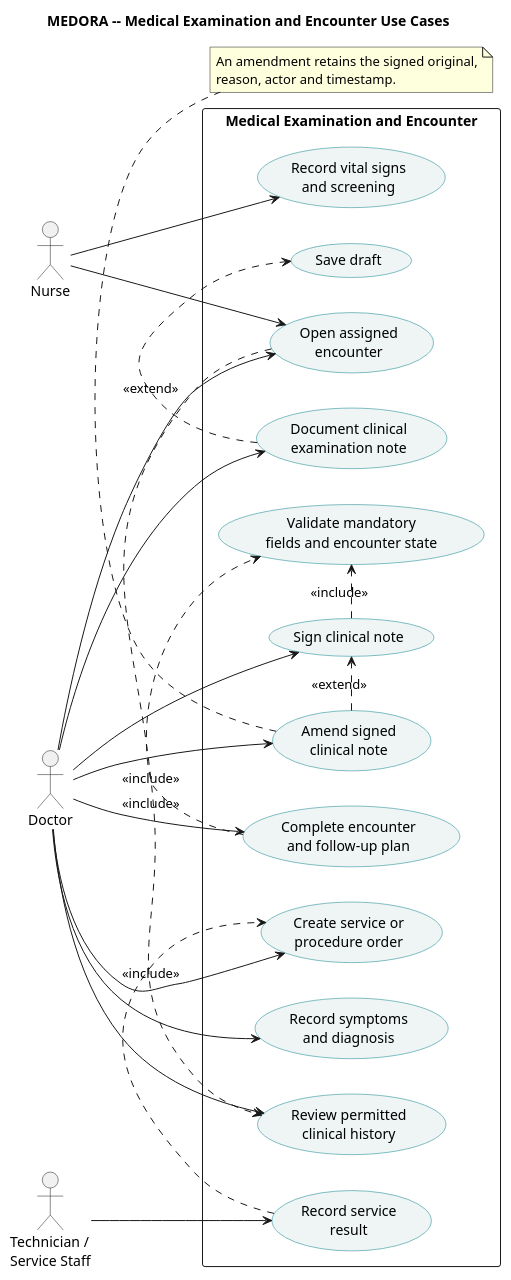
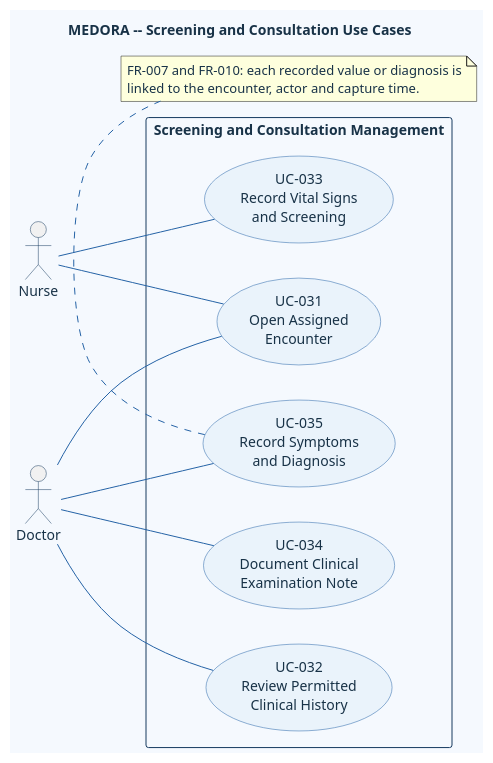
One commit to DucDung-1107/SysDes_2026.1_Group_08 changed the diagram in doc/asset/03-system-requirements/use-case-by-function/medical-examination/uml_code/medical-examination.puml. Above: the diagram before and after it, drawn with PlantUML. The commit also changed 32 other files, not shown here.

```diff
--- a/doc/asset/03-system-requirements/use-case-by-function/medical-examination/uml_code/medical-examination.puml
+++ b/doc/asset/03-system-requirements/use-case-by-function/medical-examination/uml_code/medical-examination.puml
@@ -1,53 +1,38 @@
 @startuml
-title MEDORA -- Medical Examination and Encounter Use Cases
+title MEDORA -- Screening and Consultation Use Cases
 left to right direction
 skinparam shadowing false
-skinparam packageStyle rectangle
-skinparam usecase {
-  BackgroundColor #EEF5F4
-  BorderColor #087E8B
-}
+skinparam defaultFontName Arial
+skinparam defaultFontColor #183247
+skinparam backgroundColor #F5F9FE
+skinparam ArrowColor #2563A6
+skinparam UsecaseBackgroundColor #EAF3FB
+skinparam UsecaseBorderColor #2563A6
+skinparam UsecaseFontColor #183247
+skinparam ActorBorderColor #163A5F
+skinparam ActorFontColor #183247
+skinparam RectangleBackgroundColor #F5F9FE
+skinparam RectangleBorderColor #163A5F
 
 actor Nurse as nurse
 actor Doctor as doctor
-actor "Technician /\nService Staff" as technician
 
-rectangle "Medical Examination and Encounter" {
-  usecase "Open assigned\nencounter" as open
-  usecase "Review permitted\nclinical history" as review
-  usecase "Record vital signs\nand screening" as vitals
-  usecase "Document clinical\nexamination note" as note
-  usecase "Record symptoms\nand diagnosis" as diagnosis
-  usecase "Save draft" as draft
-  usecase "Sign clinical note" as sign
-  usecase "Amend signed\nclinical note" as amend
-  usecase "Create service or\nprocedure order" as order
-  usecase "Record service\nresult" as result
-  usecase "Complete encounter\nand follow-up plan" as close
-  usecase "Validate mandatory\nfields and encounter state" as validate
+rectangle "Screening and Consultation Management" {
+  usecase "UC-031\nOpen Assigned\nEncounter" as open
+  usecase "UC-032\nReview Permitted\nClinical History" as review
+  usecase "UC-033\nRecord Vital Signs\nand Screening" as vitals
+  usecase "UC-034\nDocument Clinical\nExamination Note" as note
+  usecase "UC-035\nRecord Symptoms\nand Diagnosis" as diagnosis
 }
 
-nurse --> open
-nurse --> vitals
-doctor --> open
-doctor --> review
-doctor --> note
-doctor --> diagnosis
-doctor --> sign
-doctor --> amend
-doctor --> order
-doctor --> close
-technician --> result
-
-open .> review : <<include>>
-note .> draft : <<extend>>
-sign .> validate : <<include>>
-amend .> sign : <<extend>>
-close .> validate : <<include>>
-result .> order : <<include>>
-
-note bottom of amend
-  An amendment retains the signed original,
-  reason, actor and timestamp.
+nurse -- open
+nurse -- vitals
+doctor -- open
+doctor -- review
+doctor -- note
+doctor -- diagnosis
+note bottom of diagnosis
+  FR-007 and FR-010: each recorded value or diagnosis is
+  linked to the encounter, actor and capture time.
 end note
 @enduml
```
